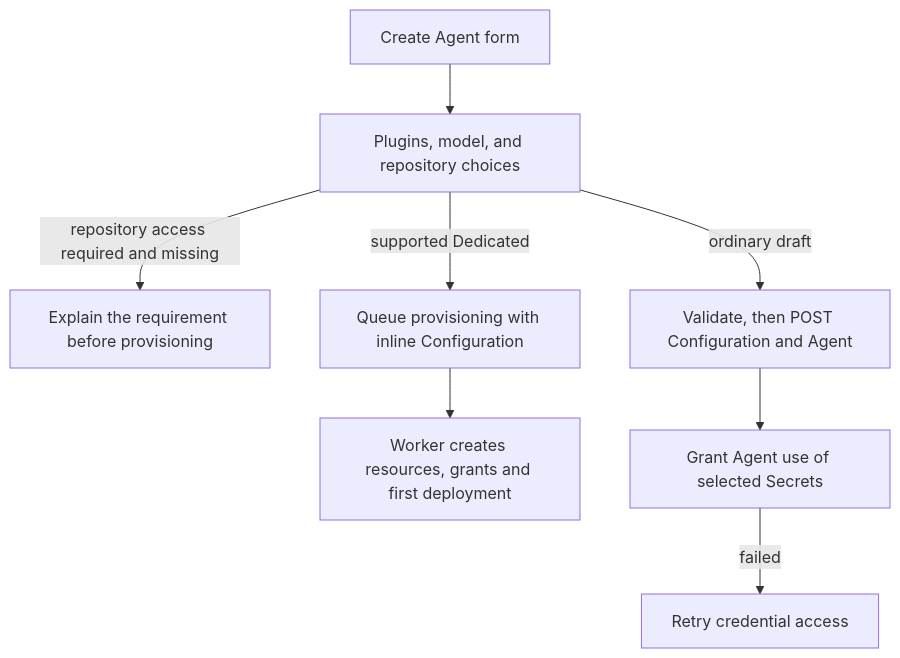
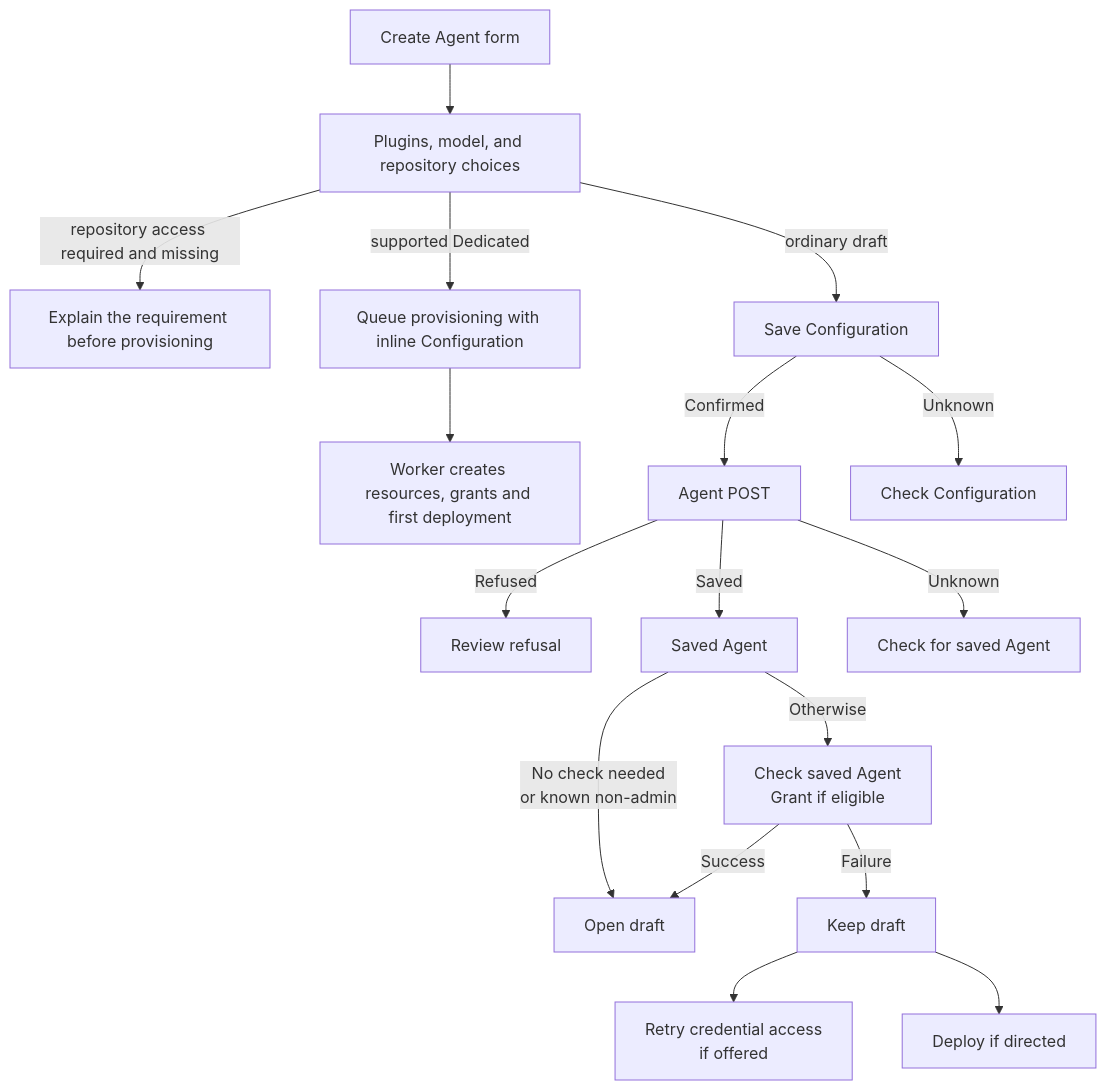
The diagram in docs/flows/platform-console/agent-creation.md (openclaw/openclaw-enterprise), drawn with Mermaid before and after one commit. The commit also changed other lines of this file and 2 other files, not shown here.

Commit message:
docs: clarify Agent creation outcomes and Preset lifecycle

````diff
--- a/docs/flows/platform-console/agent-creation.md
+++ b/docs/flows/platform-console/agent-creation.md
@@ -27,10 +27,19 @@
 ```mermaid
 graph TD
   A["Create Agent form"] --> B["Plugins, model, and repository choices"]
   B -->|repository access required and missing| H["Explain the requirement before provisioning"]
   B -->|supported Dedicated| C["Queue provisioning with inline Configuration"]
   C --> D["Worker creates resources, grants and first deployment"]
-  B -->|ordinary draft| E["Validate, then POST Configuration and Agent"]
-  E --> F["Grant Agent use of selected Secrets"]
-  F -->|failed| G["Retry credential access"]
+  B -->|ordinary draft| E["Save Configuration"]
+  E -->|Confirmed| Y["Agent POST"]
+  E -->|Unknown| X["Check Configuration"]
+  Y -->|Refused| M["Review refusal"]
+  Y -->|Saved| I["Saved Agent"]
+  Y -->|Unknown| N["Check for saved Agent"]
+  I -->|No check needed<br/>or known non-admin| J["Open draft"]
+  I -->|Otherwise| F["Check saved Agent<br/>Grant if eligible"]
+  F -->|Success| J
+  F -->|Failure| G["Keep draft"]
+  G --> K["Retry credential access<br/>if offered"]
+  G --> L["Deploy if directed"]
 ```
````
